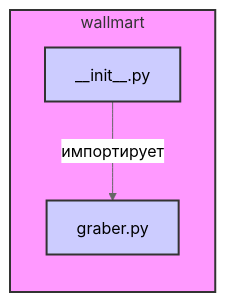
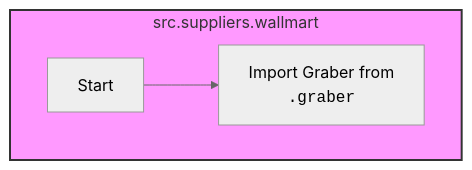
Before and after one commit to hypo69/hypo: the diagram in docs/gemini/ru/explainer/src/suppliers/wallmart/__init__.py.md, drawn with Mermaid (neutral theme). The commit also changed other lines of this file and 223 other files, not shown here.

````diff
--- a/docs/gemini/ru/explainer/src/suppliers/wallmart/__init__.py.md
+++ b/docs/gemini/ru/explainer/src/suppliers/wallmart/__init__.py.md
@@ -12,11 +11,11 @@
 ```mermaid
-graph LR
-    subgraph wallmart
-        style wallmart fill:#f9f,stroke:#333,stroke-width:2px
-        __init__py[__init__.py]
-        graber[graber.py]
+flowchart TD
+    subgraph src.suppliers.wallmart
+        Start[Start] --> ImportGraber[Import Graber from <br><code>.graber</code>];
     end
-    __init__py -->|импортирует| graber
-    style __init__py fill:#ccf,stroke:#333,stroke-width:2px
-    style graber fill:#ccf,stroke:#333,stroke-width:2px
+
+    classDef file fill:#f9f,stroke:#333,stroke-width:2px
+    classDef package fill:#ccf,stroke:#333,stroke-width:2px
+    class src.suppliers.wallmart file;
+    class src.suppliers package;
 ```
````
